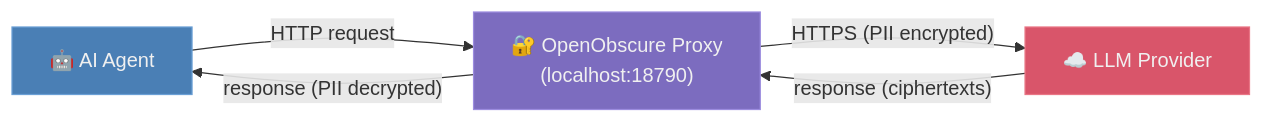
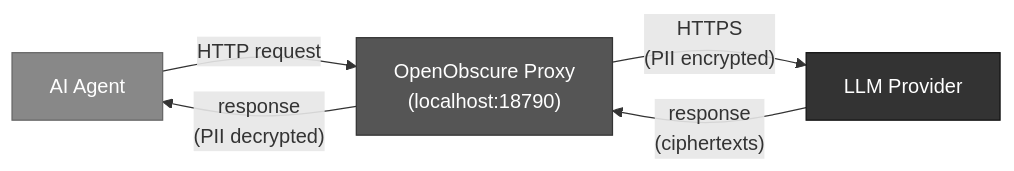
The first of 5 diagrams in README.md (OpenObscure/OpenObscure), drawn with Mermaid before and after one commit. The commit also changed other lines of this file and 4 other files, not shown here.

First line of the commit message:
Convert all mermaid diagrams to grayscale and fix text/box overlaps

````diff
--- a/README.md
+++ b/README.md
@@ -22,11 +22,11 @@
 ```mermaid
 flowchart LR
-    agent["🤖 AI Agent"] -- "HTTP request" --> proxy["🔐 OpenObscure Proxy<br>(localhost:18790)"]
-    proxy -- "HTTPS (PII encrypted)" --> llm["☁️ LLM Provider"]
-    llm -- "response (ciphertexts)" --> proxy
-    proxy -- "response (PII decrypted)" --> agent
+    agent["AI Agent"] -- "HTTP request" --> proxy["OpenObscure Proxy\n(localhost:18790)"]
+    proxy -- "HTTPS\n(PII encrypted)" --> llm["LLM Provider"]
+    llm -- "response\n(ciphertexts)" --> proxy
+    proxy -- "response\n(PII decrypted)" --> agent
 
-    style agent fill:#4a7fb5,stroke:#6a9fd5,color:#f0f0f0
-    style proxy fill:#7c6cbf,stroke:#9c8cdf,color:#f0f0f0
-    style llm fill:#d9556a,stroke:#e97585,color:#f0f0f0
+    style agent fill:#888,stroke:#666,color:#fff
+    style proxy fill:#555,stroke:#333,color:#fff
+    style llm fill:#333,stroke:#111,color:#fff
 ```
````
